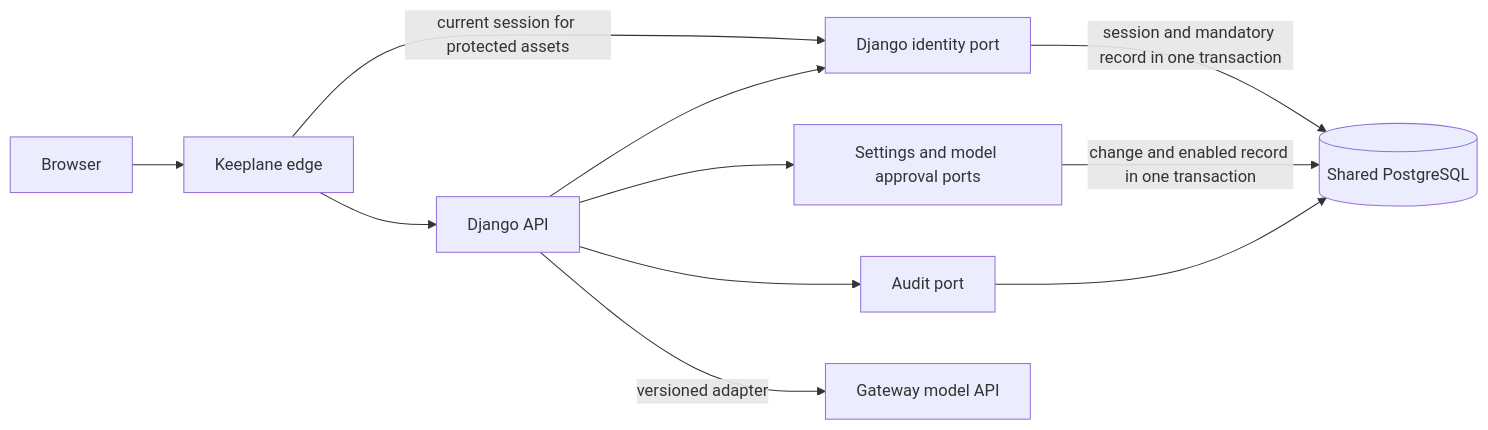
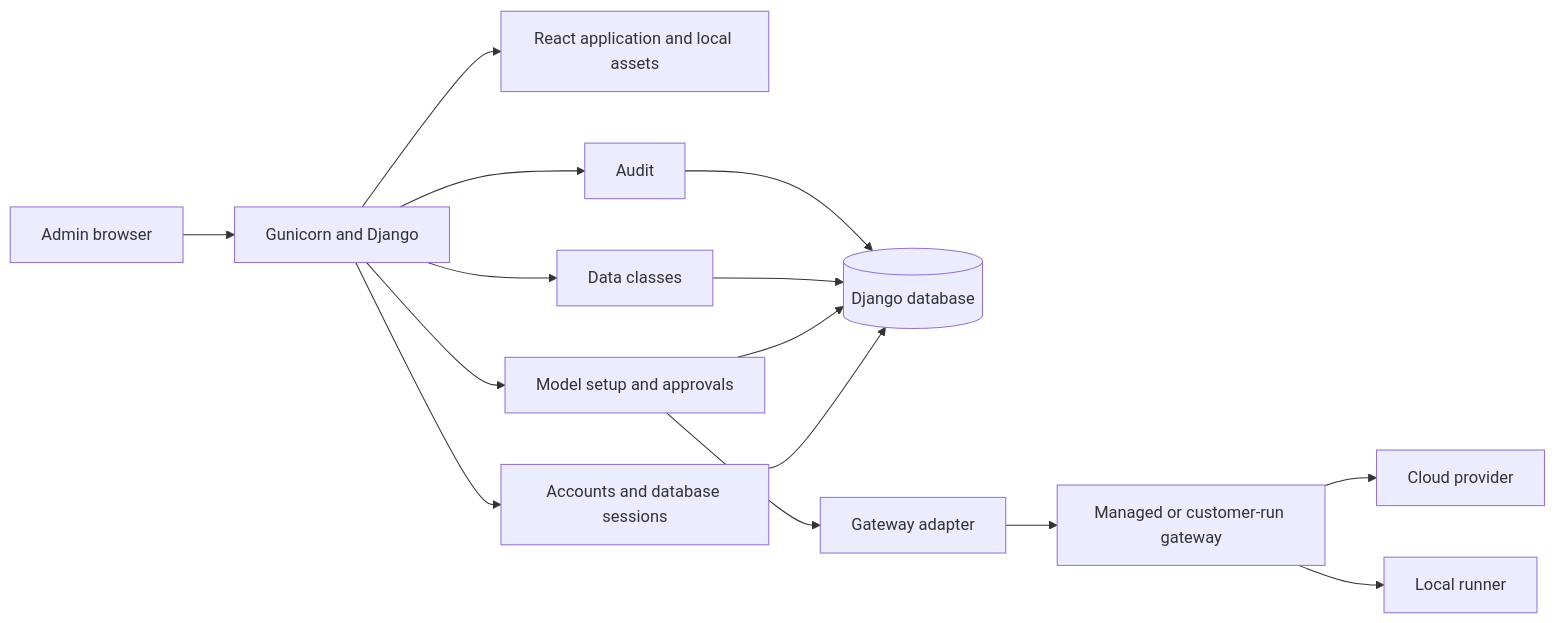
One commit to OsamaFelFel/keeplane changed the diagram in docs/architecture/local-preview.md. Above: the diagram before and after it, drawn with Mermaid. The commit also changed other lines of this file and 408 other files, not shown here.

Commit message:
refactor(core): consolidate Django, React and test layouts

````diff
--- a/docs/architecture/local-preview.md
+++ b/docs/architecture/local-preview.md
@@ -19,13 +7,17 @@
 ```mermaid
 flowchart LR
-  Browser[Browser] --> Edge[Keeplane edge]
-  Edge --> API[Django API]
-  Edge -->|current session for protected assets| Identity[Django identity port]
-  API --> Identity
-  API --> Settings[Settings and model approval ports]
-  API --> Audit[Audit port]
-  Identity -->|session and mandatory record in one transaction| DB[(Shared PostgreSQL)]
-  Settings -->|change and enabled record in one transaction| DB
+  Browser[Admin browser] --> App[Gunicorn and Django]
+  App --> UI[React application and local assets]
+  App --> Accounts[Accounts and database sessions]
+  App --> Models[Model setup and approvals]
+  App --> Classes[Data classes]
+  App --> Audit[Audit]
+  Accounts --> DB[(Django database)]
+  Models --> DB
+  Classes --> DB
   Audit --> DB
-  API -->|versioned adapter| Gateway[Gateway model API]
+  Models --> Adapter[Gateway adapter]
+  Adapter --> Gateway[Managed or customer-run gateway]
+  Gateway --> Cloud[Cloud provider]
+  Gateway --> Runner[Local runner]
 ```
````
